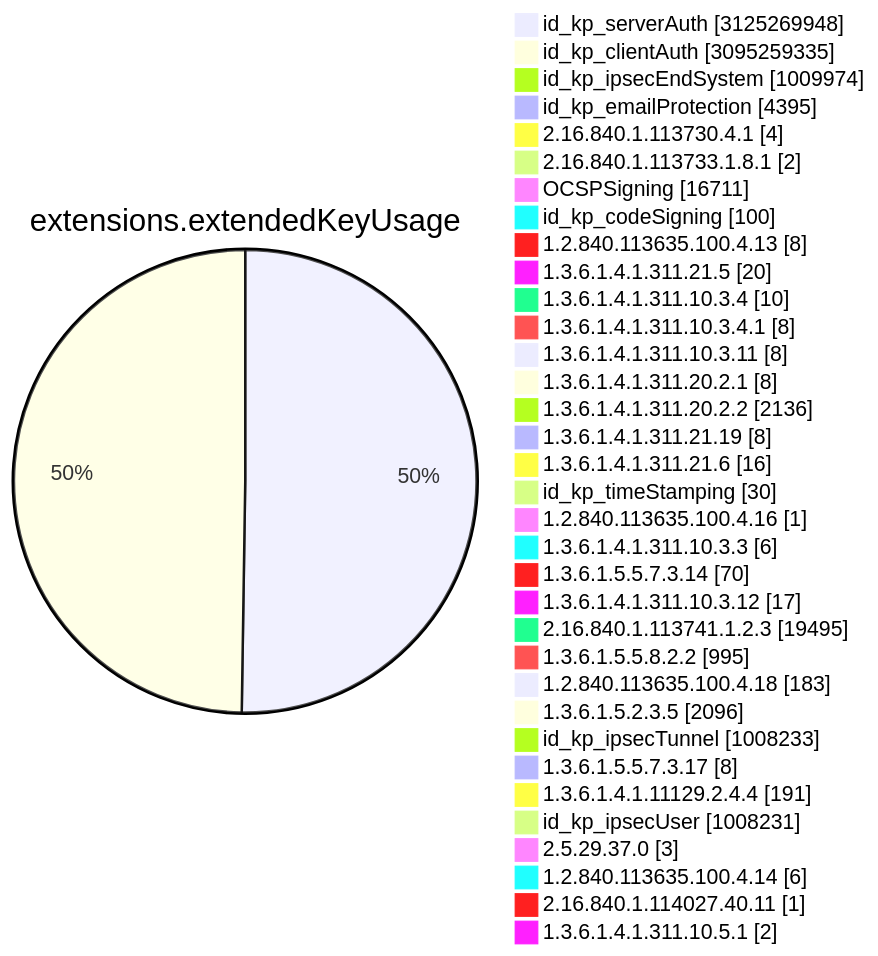
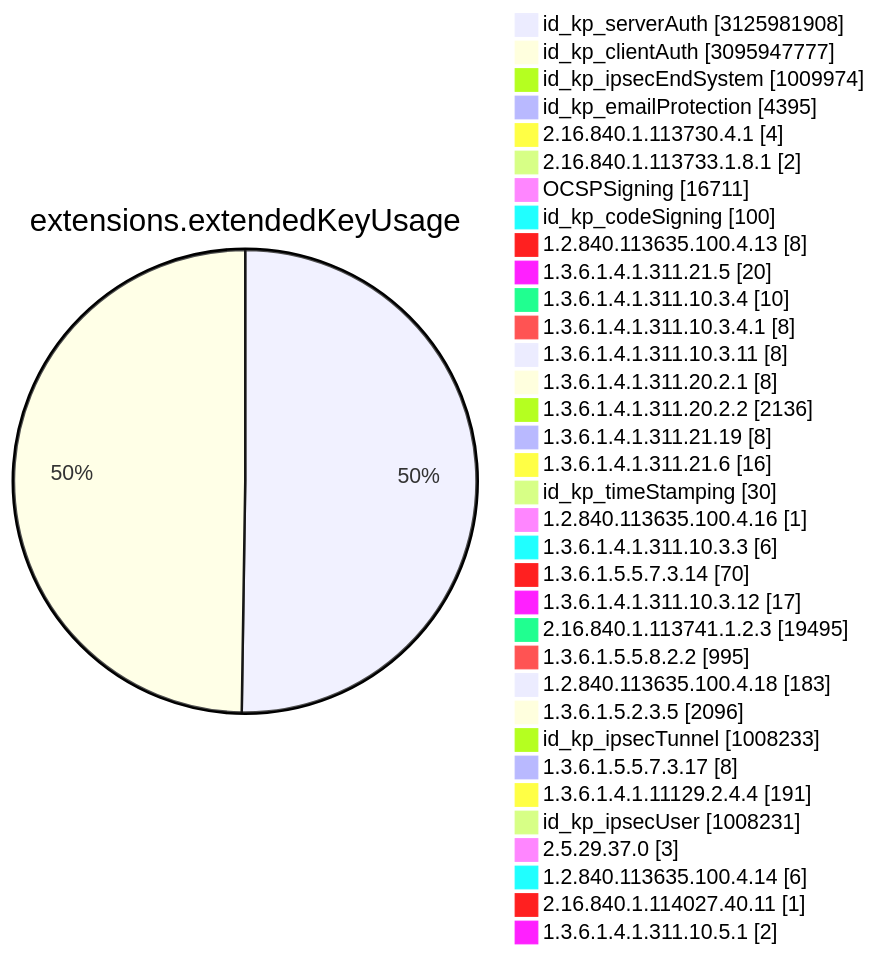
Before and after one commit to christiankrug/ctmonitor_visualization: diagram 11 of 15 in TOTAL/README.md, drawn with Mermaid. The commit also changed other lines of this file, not shown here.

````diff
--- a/TOTAL/README.md
+++ b/TOTAL/README.md
@@ -4119,38 +4119,38 @@
 ```mermaid
 pie showData
 title extensions.extendedKeyUsage
-"id_kp_serverAuth" :3125269948
-"id_kp_clientAuth" :3095259335
+"id_kp_serverAuth" :3125981908
+"id_kp_clientAuth" :3095947777
 "id_kp_ipsecEndSystem" :1009974
 "id_kp_emailProtection" :4395
 "2.16.840.1.113730.4.1" :4
 "2.16.840.1.113733.1.8.1" :2
 "OCSPSigning" :16711
 "id_kp_codeSigning" :100
 "1.2.840.113635.100.4.13" :8
 "1.3.6.1.4.1.311.21.5" :20
 "1.3.6.1.4.1.311.10.3.4" :10
 "1.3.6.1.4.1.311.10.3.4.1" :8
 "1.3.6.1.4.1.311.10.3.11" :8
 "1.3.6.1.4.1.311.20.2.1" :8
 "1.3.6.1.4.1.311.20.2.2" :2136
 "1.3.6.1.4.1.311.21.19" :8
 "1.3.6.1.4.1.311.21.6" :16
 "id_kp_timeStamping" :30
 "1.2.840.113635.100.4.16" :1
 "1.3.6.1.4.1.311.10.3.3" :6
 "1.3.6.1.5.5.7.3.14" :70
 "1.3.6.1.4.1.311.10.3.12" :17
 "2.16.840.1.113741.1.2.3" :19495
 "1.3.6.1.5.5.8.2.2" :995
 "1.2.840.113635.100.4.18" :183
 "1.3.6.1.5.2.3.5" :2096
 "id_kp_ipsecTunnel" :1008233
 "1.3.6.1.5.5.7.3.17" :8
 "1.3.6.1.4.1.11129.2.4.4" :191
 "id_kp_ipsecUser" :1008231
 "2.5.29.37.0" :3
 "1.2.840.113635.100.4.14" :6
 "2.16.840.1.114027.40.11" :1
 "1.3.6.1.4.1.311.10.5.1" :2
 ```
````
